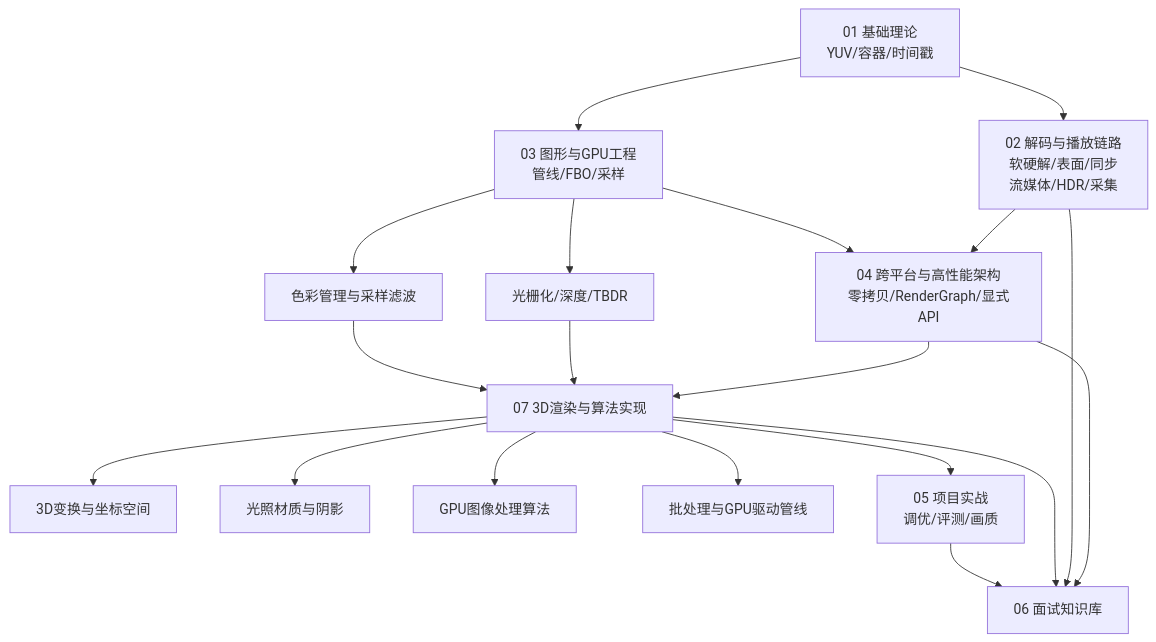
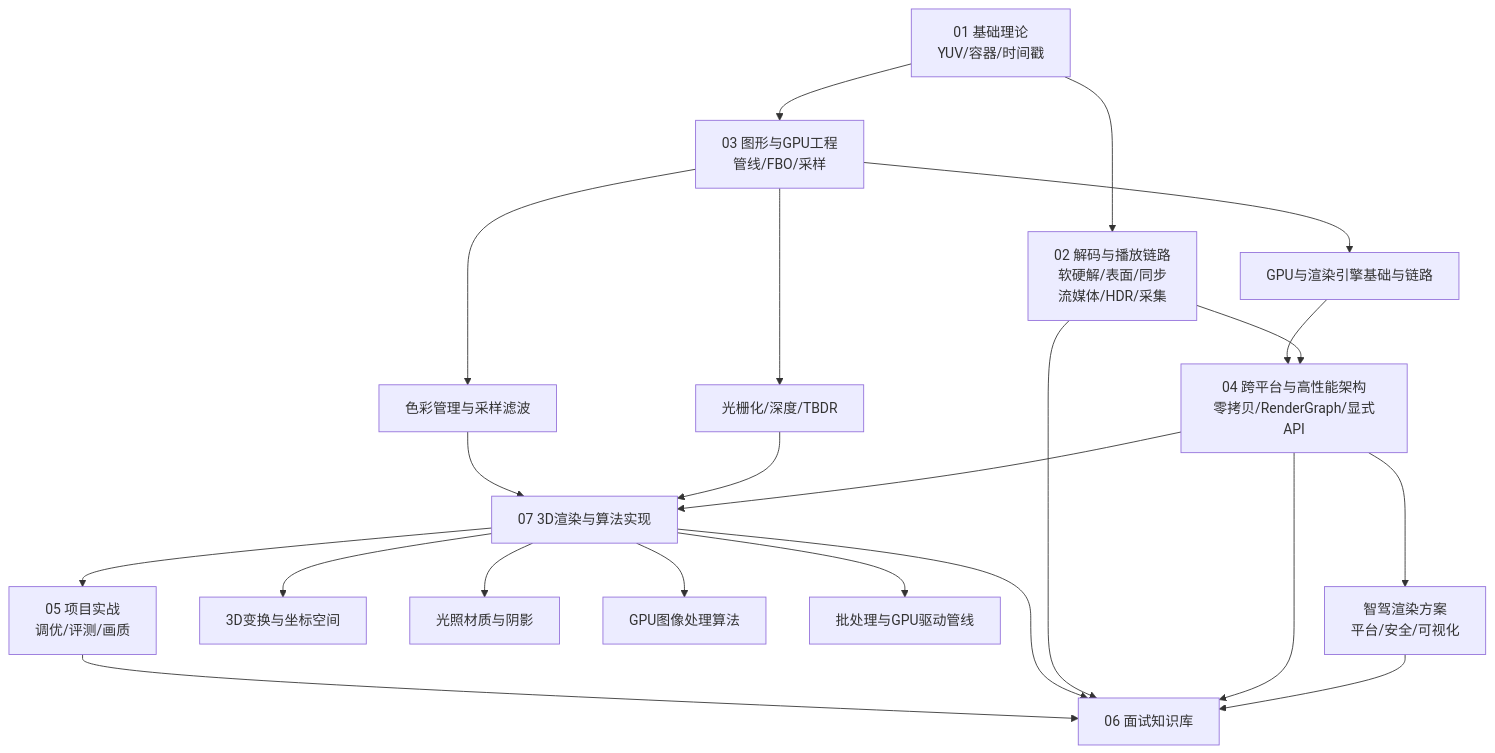
The diagram in 00-导航与索引/知识缺口登记表.md (Vin535LFJ/ai-knowledge-to-learning-engine), drawn with Mermaid before and after one commit. The commit also changed other lines of this file and 97 other files, not shown here.

First line of the commit message:
2.0 升级: 三示范闭环、交互图谱、技术索引、QA 门禁与学习故事线

````diff
--- a/00-导航与索引/知识缺口登记表.md
+++ b/00-导航与索引/知识缺口登记表.md
@@ -67,21 +90,24 @@
 ```mermaid
 graph TD
     A[01 基础理论<br/>YUV/容器/时间戳] --> B[02 解码与播放链路<br/>软硬解/表面/同步<br/>流媒体/HDR/采集]
     A --> C[03 图形与GPU工程<br/>管线/FBO/采样]
     C --> C1[色彩管理与采样滤波]
     C --> C2[光栅化/深度/TBDR]
-    C --> D[04 跨平台与高性能架构<br/>零拷贝/RenderGraph/显式API]
+    C --> C3[GPU与渲染引擎基础与链路]
+    C3 --> D[04 跨平台与高性能架构<br/>零拷贝/RenderGraph/显式API]
+    D --> D1[智驾渲染方案<br/>平台/安全/可视化]
     C1 --> E[07 3D渲染与算法实现]
     C2 --> E
     D --> E
     E --> E1[3D变换与坐标空间]
     E --> E2[光照材质与阴影]
     E --> E3[GPU图像处理算法]
     E --> E4[批处理与GPU驱动管线]
     B --> D
     E --> F[05 项目实战<br/>调优/评测/画质]
     F --> G[06 面试知识库]
     E --> G
     B --> G
     D --> G
+    D1 --> G
 ```
````
